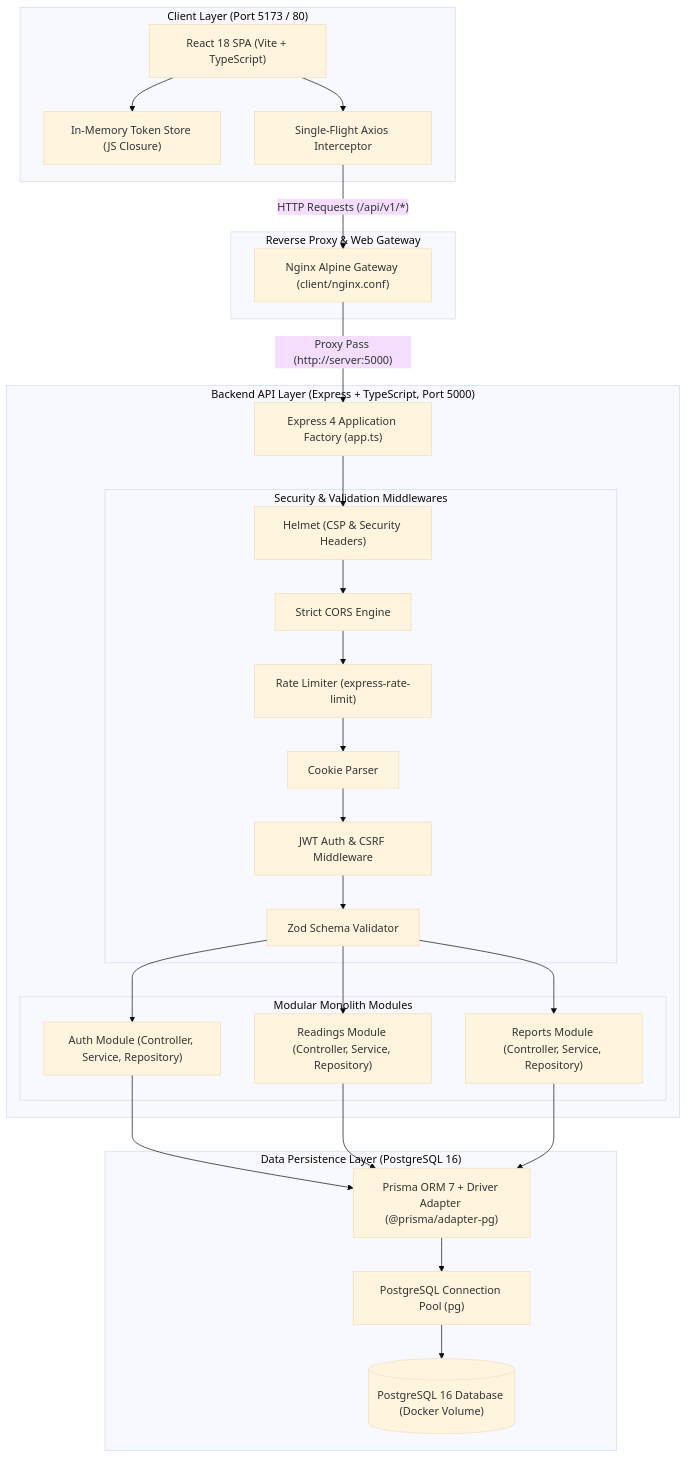
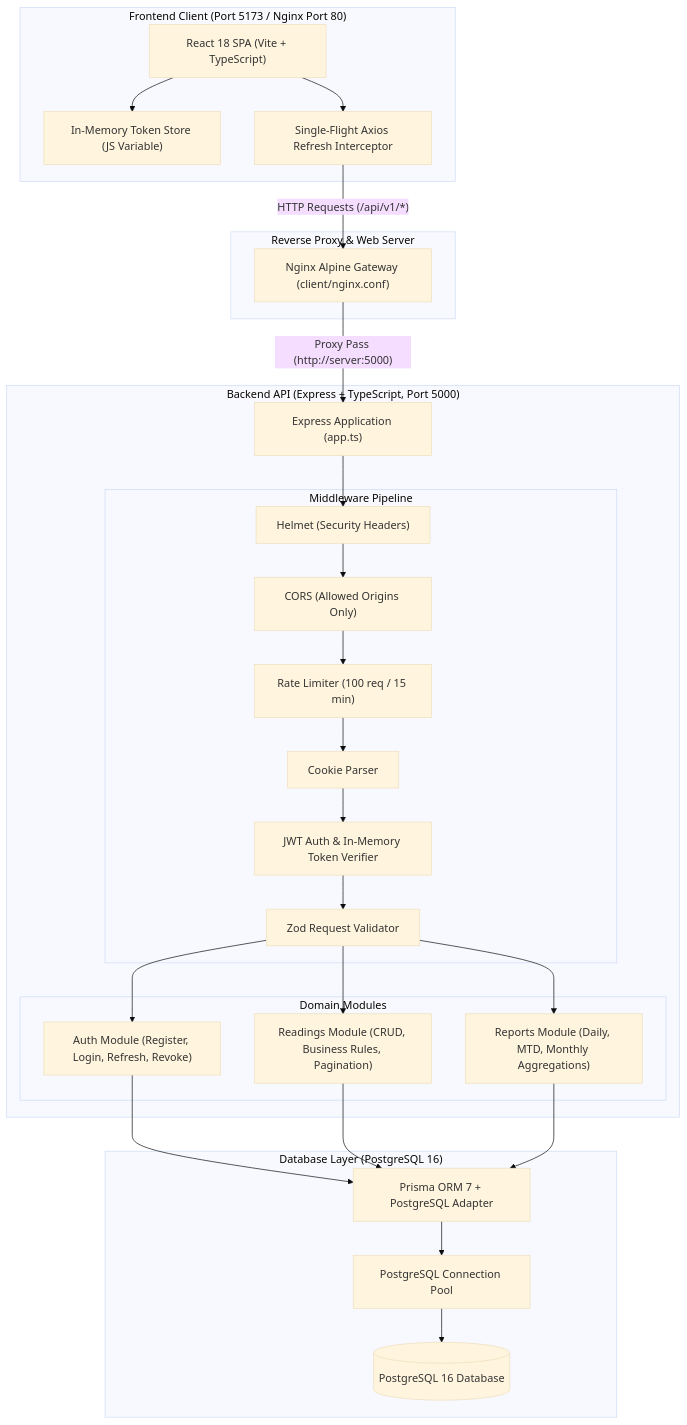
The first of 3 diagrams in README.md (Haneesh3768/Blood-Glucose-Tracker), drawn with Mermaid (base theme) before and after one commit. The commit also changed other lines of this file and 9 other files, not shown here.

Commit message:
feat: server-side readings pagination, dashboard logbook integration, and roadmap update

````diff
--- a/README.md
+++ b/README.md
@@ -47,52 +52,52 @@
 ```mermaid
 flowchart TD
-    subgraph ClientLayer ["Client Layer (Port 5173 / 80)"]
+    subgraph ClientLayer ["Frontend Client (Port 5173 / Nginx Port 80)"]
         Browser["React 18 SPA (Vite + TypeScript)"]
-        TokenStore["In-Memory Token Store (JS Closure)"]
-        AxiosQueue["Single-Flight Axios Interceptor"]
+        TokenStore["In-Memory Token Store (JS Variable)"]
+        AxiosQueue["Single-Flight Axios Refresh Interceptor"]
         Browser --> TokenStore
         Browser --> AxiosQueue
     end
 
-    subgraph GatewayLayer ["Reverse Proxy & Web Gateway"]
+    subgraph GatewayLayer ["Reverse Proxy & Web Server"]
         Nginx["Nginx Alpine Gateway (client/nginx.conf)"]
         AxiosQueue -->|"HTTP Requests (/api/v1/*)"| Nginx
     end
 
-    subgraph BackendLayer ["Backend API Layer (Express + TypeScript, Port 5000)"]
-        App["Express 4 Application Factory (app.ts)"]
+    subgraph BackendLayer ["Backend API (Express + TypeScript, Port 5000)"]
+        App["Express Application (app.ts)"]
         Nginx -->|"Proxy Pass (http://server:5000)"| App
         
-        subgraph Middlewares ["Security & Validation Middlewares"]
-            Helmet["Helmet (CSP & Security Headers)"]
-            Cors["Strict CORS Engine"]
-            RateLimit["Rate Limiter (express-rate-limit)"]
+        subgraph Middlewares ["Middleware Pipeline"]
+            Helmet["Helmet (Security Headers)"]
+            Cors["CORS (Allowed Origins Only)"]
+            RateLimit["Rate Limiter (100 req / 15 min)"]
             CookieParser["Cookie Parser"]
-            AuthGuard["JWT Auth & CSRF Middleware"]
-            ZodVal["Zod Schema Validator"]
+            AuthGuard["JWT Auth & In-Memory Token Verifier"]
+            ZodVal["Zod Request Validator"]
         end
 
         App --> Helmet --> Cors --> RateLimit --> CookieParser --> AuthGuard --> ZodVal
 
-        subgraph Modules ["Modular Monolith Modules"]
-            AuthMod["Auth Module (Controller, Service, Repository)"]
-            ReadingsMod["Readings Module (Controller, Service, Repository)"]
-            ReportsMod["Reports Module (Controller, Service, Repository)"]
+        subgraph Modules ["Domain Modules"]
+            AuthMod["Auth Module (Register, Login, Refresh, Revoke)"]
+            ReadingsMod["Readings Module (CRUD, Business Rules, Pagination)"]
+            ReportsMod["Reports Module (Daily, MTD, Monthly Aggregations)"]
         end
 
         ZodVal --> AuthMod
         ZodVal --> ReadingsMod
         ZodVal --> ReportsMod
     end
 
-    subgraph DataLayer ["Data Persistence Layer (PostgreSQL 16)"]
-        Prisma["Prisma ORM 7 + Driver Adapter (@prisma/adapter-pg)"]
-        PgPool["PostgreSQL Connection Pool (pg)"]
-        PostgresDB[("PostgreSQL 16 Database (Docker Volume)")]
+    subgraph DataLayer ["Database Layer (PostgreSQL 16)"]
+        Prisma["Prisma ORM 7 + PostgreSQL Adapter"]
+        PgPool["PostgreSQL Connection Pool"]
+        PostgresDB[("PostgreSQL 16 Database")]
 
         AuthMod --> Prisma
         ReadingsMod --> Prisma
         ReportsMod --> Prisma
         Prisma --> PgPool --> PostgresDB
     end
 ```
````
